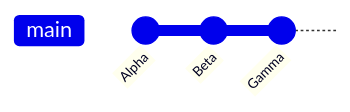
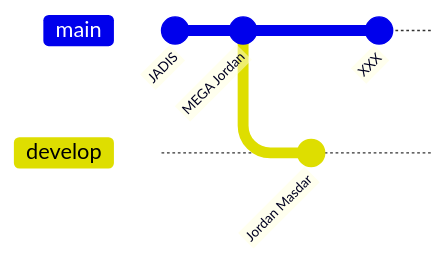
The first of 2 diagrams in dev/README.md (eamena-project/eamena-arches-dev), drawn with Mermaid before and after one commit.

Commit message:
work with mermaid Gitgraph

````diff
--- a/dev/README.md
+++ b/dev/README.md
@@ -5,6 +5,9 @@
 ```mermaid
 gitGraph
-       commit id: "Alpha"
-       commit id: "Beta"
-       commit id: "Gamma"
+       commit id: "JADIS"
+       commit id: "MEGA Jordan"
+       branch develop
+       commit id: "Jordan Masdar"
+       checkout main
+       commit id: "XXX"
 ```
````
